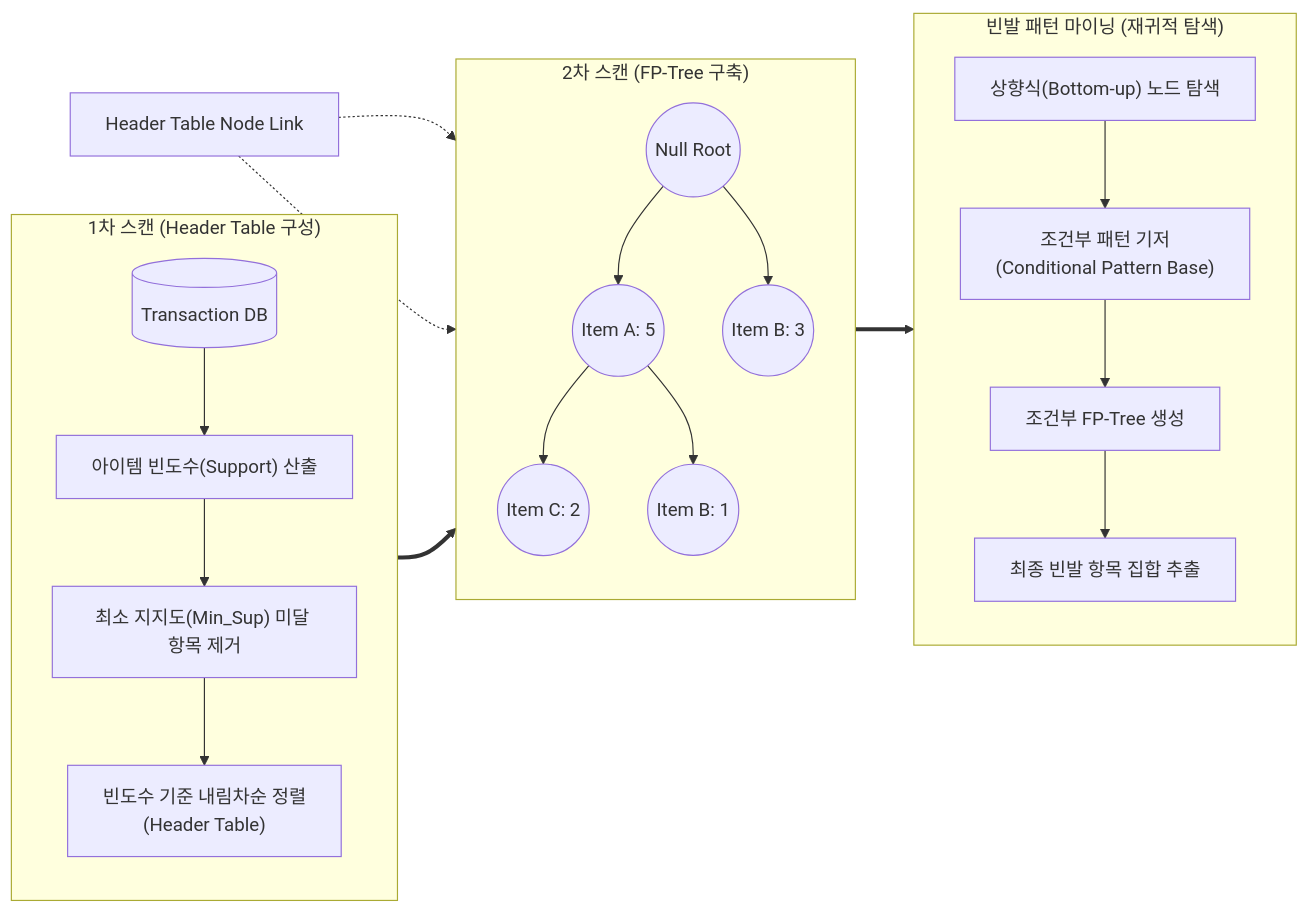
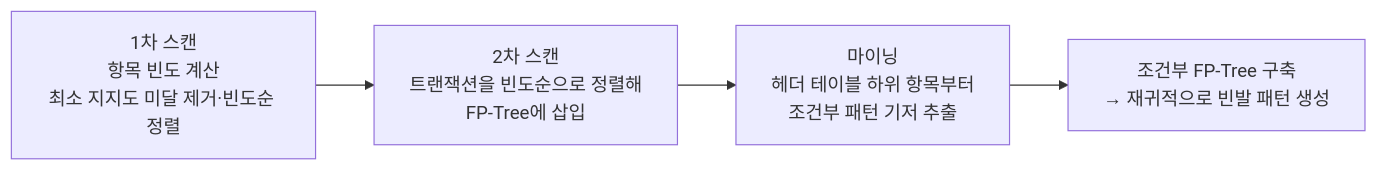
The diagram in content/01_IT Tech/FP(Frequent Pattern) - Growth 알고리즘.md (supremethumb/supremethumb.github.io), drawn with Mermaid before and after one commit. The commit also changed other lines of this file and 1087 other files, not shown here.

````diff
--- a/content/01_IT Tech/FP(Frequent Pattern) - Growth 알고리즘.md
+++ b/content/01_IT Tech/FP(Frequent Pattern) - Growth 알고리즘.md
@@ -27,37 +35,6 @@
 ```mermaid
 flowchart LR
-    subgraph Step1 ["1차 스캔 (Header Table 구성)"]
-        direction TB
-        DB[(Transaction DB)] --> Count["아이템 빈도수(Support) 산출"]
-        Count --> Filter["최소 지지도(Min_Sup) 미달 항목 제거"]
-        Filter --> Sort["빈도수 기준 내림차순 정렬<br/>(Header Table)"]
-    end
-
-    subgraph Step2 ["2차 스캔 (FP-Tree 구축)"]
-        direction TB
-        Root((Null Root))
-        N1((Item A: 5))
-        N2((Item B: 3))
-        N3((Item C: 2))
-        N4((Item B: 1))
-        
-        Root --> N1
-        Root --> N2
-        N1 --> N3
-        N1 --> N4
-    end
-
-    subgraph Step3 ["빈발 패턴 마이닝 (재귀적 탐색)"]
-        direction TB
-        Target["상향식(Bottom-up) 노드 탐색"] --> CPB["조건부 패턴 기저<br/>(Conditional Pattern Base)"]
-        CPB --> CFT["조건부 FP-Tree 생성"]
-        CFT --> Rules["최종 빈발 항목 집합 추출"]
-    end
-
-    Step1 ==> Step2
-    Step2 ==> Step3
-    
-    HT["Header Table Node Link"] -.-> N2
-    HT -.-> N4
-
+    S1["1차 스캔<br/>항목 빈도 계산<br/>최소 지지도 미달 제거·빈도순 정렬"] --> S2["2차 스캔<br/>트랜잭션을 빈도순으로 정렬해<br/>FP-Tree에 삽입"]
+    S2 --> S3["마이닝<br/>헤더 테이블 하위 항목부터<br/>조건부 패턴 기저 추출"]
+    S3 --> S4["조건부 FP-Tree 구축<br/>→ 재귀적으로 빈발 패턴 생성"]
 ```
````
